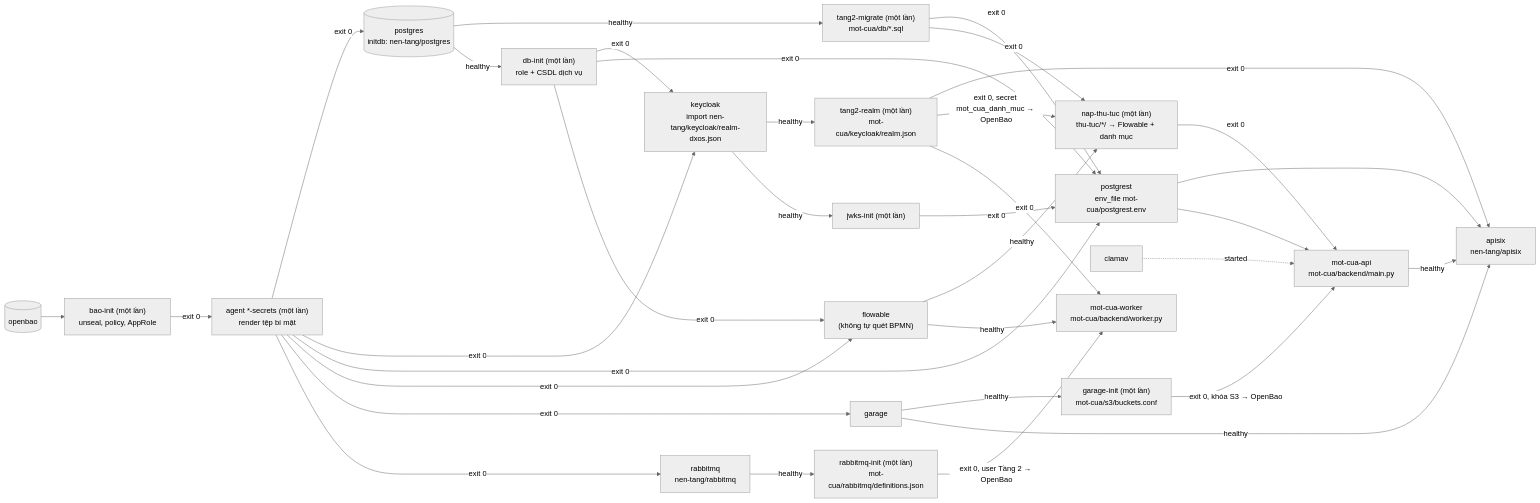
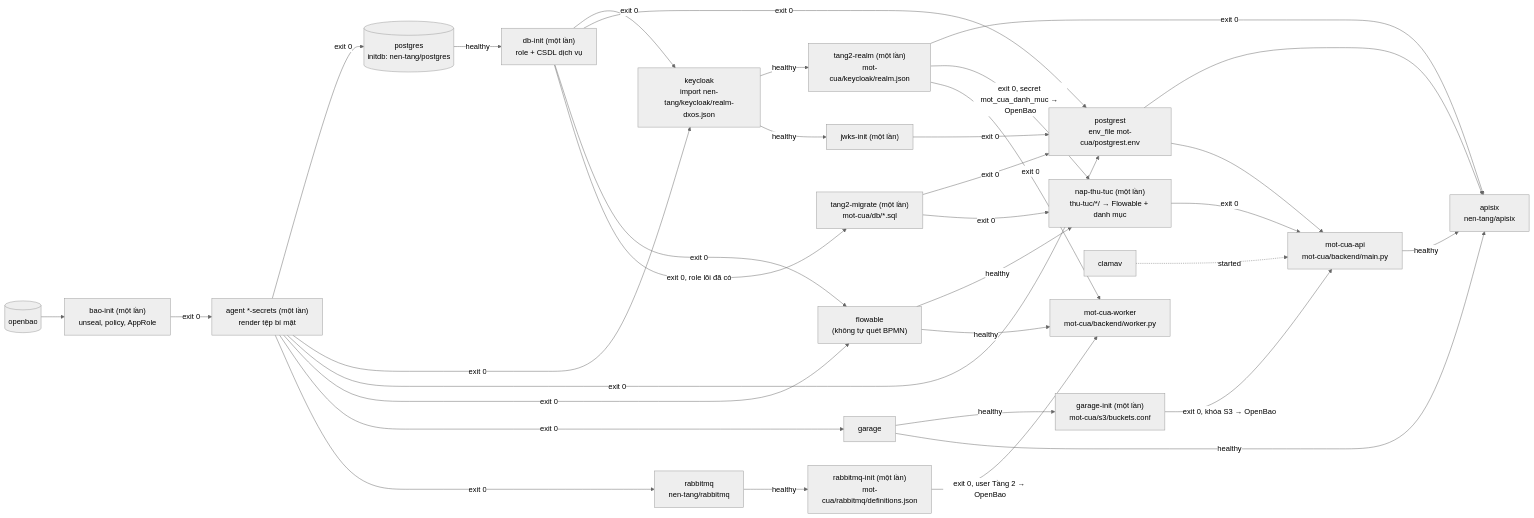
Before and after one commit to commune-dxos/commune-dxos: the second of 17 diagrams in docs/architecture.md, drawn with Mermaid (neutral theme). The commit also changed other lines of this file and 1 other file, not shown here.

Commit message:
fix(nen-tang): tang2-migrate chờ db-init xong để không tranh nhau tạo role (#186)
tang2-migrate và db-init cùng chạy ngay khi PostgreSQL healthy. Cả hai đều
"chưa có thì CREATE ROLE" cho dxos_kiem_toan (migration 007) và bao_cao_doc
(010), nên thỉnh thoảng bên chậm lỗi duplicate key pg_authid_rolname_index và
psql thoát mã 3 khi make up trên volume trống.

tang2-migrate thêm depends_on db-init: service_completed_successfully. Không
sửa tệp migration đã phát hành để sổ dxos.app_migration không lệch SHA-256.

Closes #186

````diff
--- a/docs/architecture.md
+++ b/docs/architecture.md
@@ -177,30 +177,30 @@
 ```mermaid
 flowchart LR
   BAO[("openbao")] --> BI["bao-init (một lần)<br/>unseal, policy, AppRole"]
   BI -->|exit 0| AG["agent *-secrets (một lần)<br/>render tệp bí mật"]
   AG -->|exit 0| PG & KC & PGR & FL & S3
-  PG[("postgres<br/>initdb: nen-tang/postgres")] -->|healthy| MIG["tang2-migrate (một lần)<br/>mot-cua/db/*.sql"]
-  PG -->|healthy| DBI["db-init (một lần)<br/>role + CSDL dịch vụ"]
+  PG[("postgres<br/>initdb: nen-tang/postgres")] -->|healthy| DBI["db-init (một lần)<br/>role + CSDL dịch vụ"]
   DBI -->|exit 0| KC & PGR & FL
+  DBI -->|exit 0, role lõi đã có| MIG["tang2-migrate (một lần)<br/>mot-cua/db/*.sql"]
   KC["keycloak<br/>import nen-tang/keycloak/realm-dxos.json"] -->|healthy| REALM["tang2-realm (một lần)<br/>mot-cua/keycloak/realm.json"]
   KC -->|healthy| JWKS["jwks-init (một lần)"]
   MIG -->|exit 0| PGR["postgrest<br/>env_file mot-cua/postgrest.env"]
   JWKS -->|exit 0| PGR
   PGR --> GW["apisix<br/>nen-tang/apisix"]
   REALM -->|exit 0| GW
   FL["flowable<br/>(không tự quét BPMN)"] -->|healthy| NAP["nap-thu-tuc (một lần)<br/>thu-tuc/*/ → Flowable + danh mục"]
   MIG -->|exit 0| NAP
   REALM -->|exit 0, secret mot_cua_danh_muc → OpenBao| NAP
   NAP -->|exit 0| BE["mot-cua-api<br/>mot-cua/backend/main.py"]
   PGR --> BE
   S3["garage"] -->|healthy| GI["garage-init (một lần)<br/>mot-cua/s3/buckets.conf"]
   GI -->|exit 0, khóa S3 → OpenBao| BE
   AV["clamav"] -.->|started| BE
   BE -->|healthy| GW
   S3 -->|healthy| GW
   AG -->|exit 0| MQ["rabbitmq<br/>nen-tang/rabbitmq"]
   MQ -->|healthy| RI["rabbitmq-init (một lần)<br/>mot-cua/rabbitmq/definitions.json"]
   RI -->|exit 0, user Tầng 2 → OpenBao| WK["mot-cua-worker<br/>mot-cua/backend/worker.py"]
   FL -->|healthy| WK
   REALM -->|exit 0| WK
 ```
````
